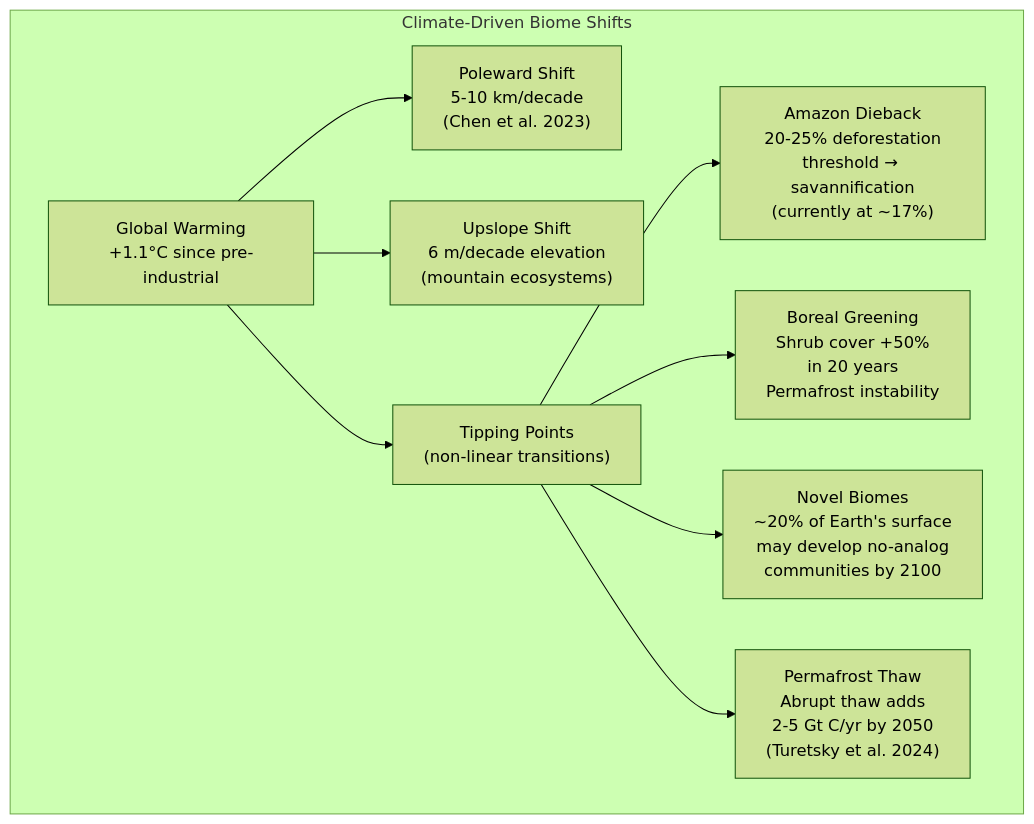
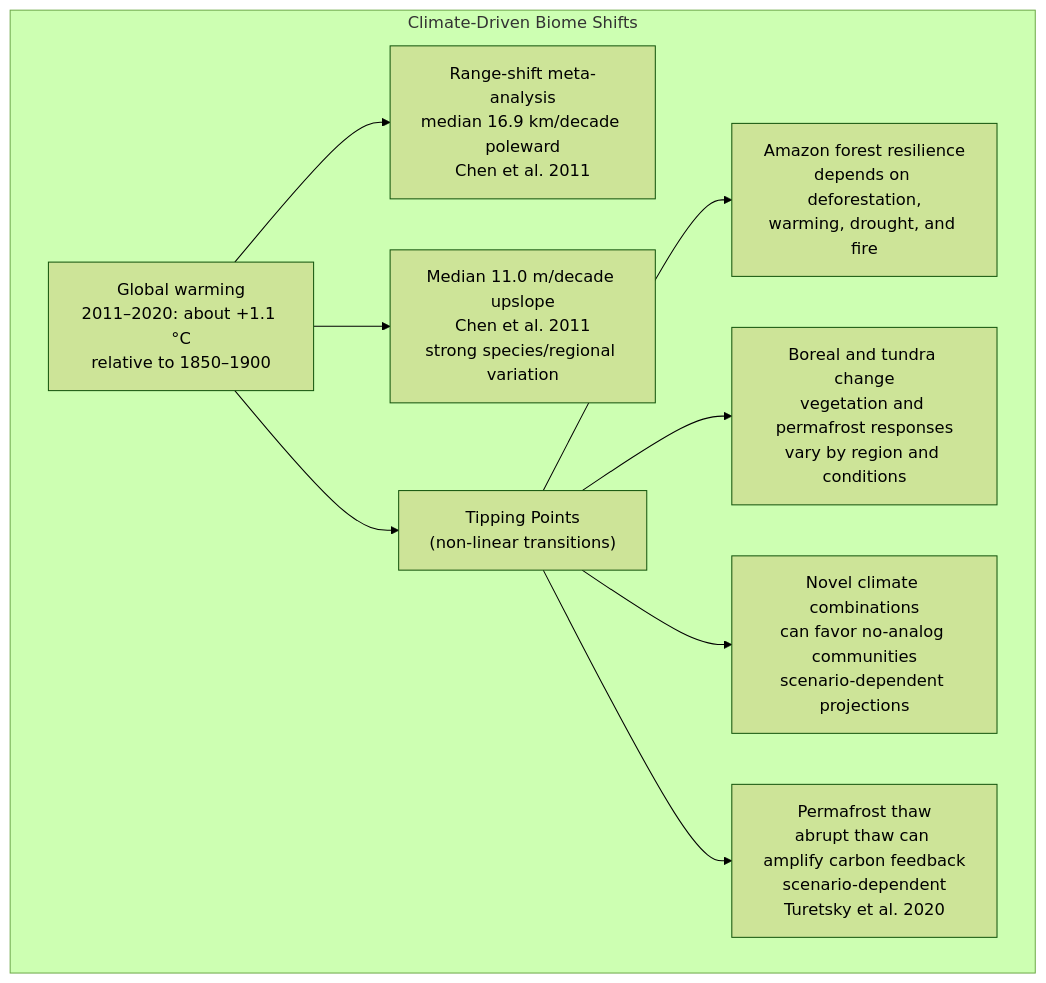
The second of 6 diagrams in docs/manuscript/unit_X/biomes_and_conservation.md (docxology/biology_textbook), drawn with Mermaid (forest theme) before and after one commit. The commit also changed other lines of this file and 444 other files, not shown here.

````diff
--- a/docs/manuscript/unit_X/biomes_and_conservation.md
+++ b/docs/manuscript/unit_X/biomes_and_conservation.md
@@ -143,13 +147,13 @@
 ```mermaid
 graph TD
     subgraph "Climate-Driven Biome Shifts"
-        WARM["Global Warming<br/>+1.1°C since pre-industrial"] --> POLE["Poleward Shift<br/>5-10 km/decade<br/>(Chen et al. 2023)"]
-        WARM --> ELEV["Upslope Shift<br/>6 m/decade elevation<br/>(mountain ecosystems)"]
+        WARM["Global warming<br/>2011–2020: about +1.1 °C<br/>relative to 1850–1900"] --> POLE["Range-shift meta-analysis<br/>median 16.9 km/decade poleward<br/>Chen et al. 2011"]
+        WARM --> ELEV["Median 11.0 m/decade upslope<br/>Chen et al. 2011<br/>strong species/regional variation"]
         WARM --> TIP["Tipping Points<br/>(non-linear transitions)"]
 
-        TIP --> AMAZON["Amazon Dieback<br/>20-25% deforestation<br/>threshold → savannification<br/>(currently at ~17%)"]
-        TIP --> BOREAL["Boreal Greening<br/>Shrub cover +50%<br/>in 20 years<br/>Permafrost instability"]
-        TIP --> NOVEL["Novel Biomes<br/>~20% of Earth's surface<br/>may develop no-analog<br/>communities by 2100"]
-        TIP --> PERM["Permafrost Thaw<br/>Abrupt thaw adds<br/>2-5 Gt C/yr by 2050<br/>(Turetsky et al. 2024)"]
+        TIP --> AMAZON["Amazon forest resilience<br/>depends on deforestation,<br/>warming, drought, and fire"]
+        TIP --> BOREAL["Boreal and tundra change<br/>vegetation and permafrost responses<br/>vary by region and conditions"]
+        TIP --> NOVEL["Novel climate combinations<br/>can favor no-analog communities<br/>scenario-dependent projections"]
+        TIP --> PERM["Permafrost thaw<br/>abrupt thaw can amplify carbon feedback<br/>scenario-dependent<br/>Turetsky et al. 2020"]
     end
 ```
````
